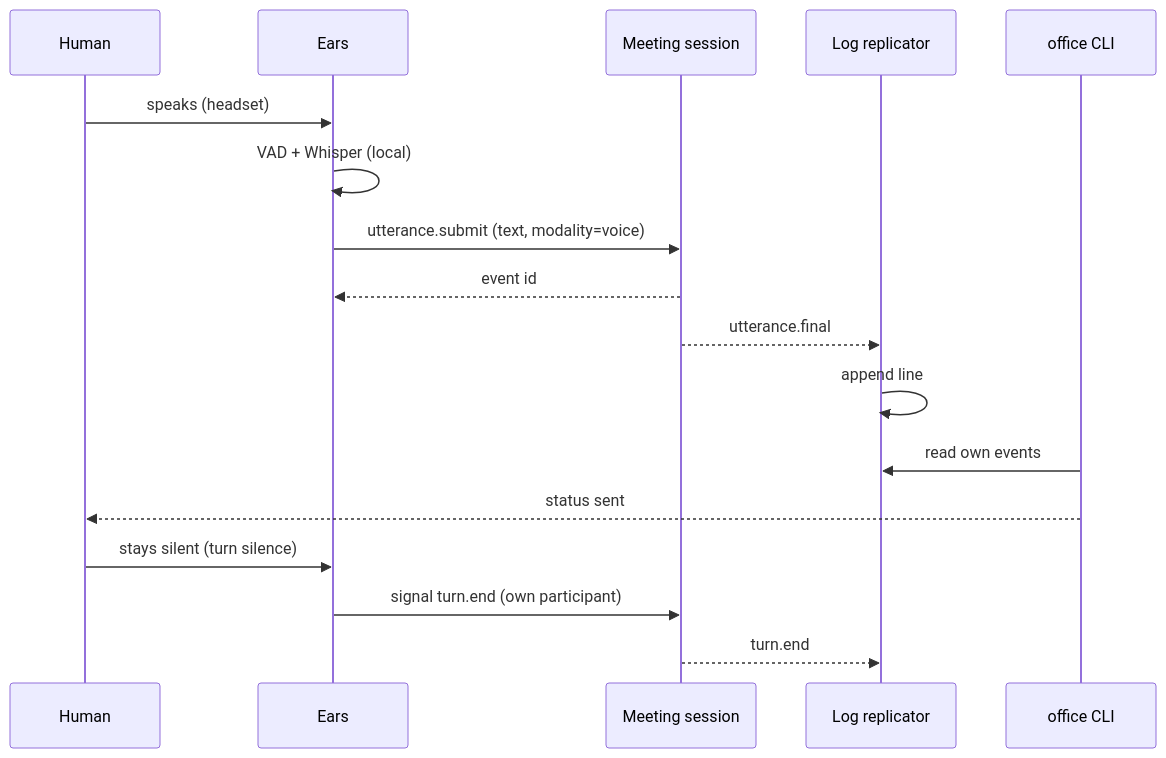
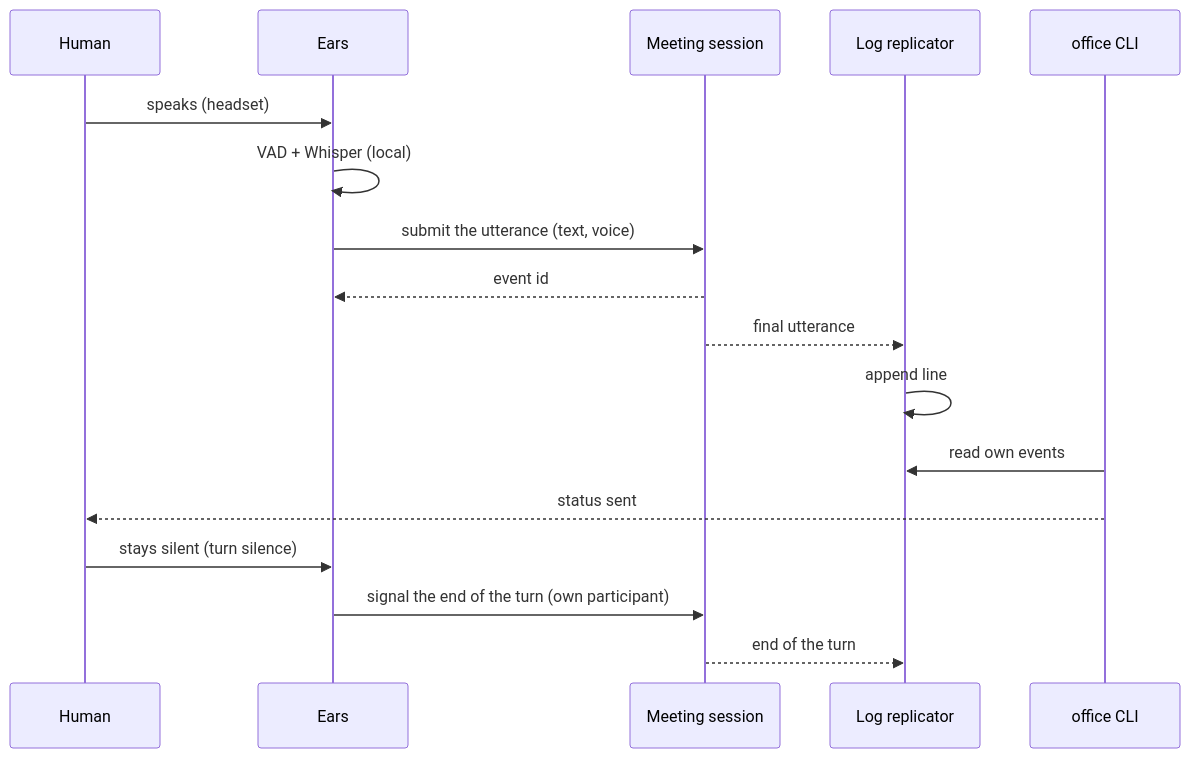
The second of 24 diagrams in docs/architecture/06-runtime-view.arc42.md (mrsimpson/agentic-office), drawn with Mermaid before and after one commit. The commit also changed other lines of this file and 9 other files, not shown here.

First line of the commit message:
docs(architecture): state each fact once, in its owner element (#285)

````diff
--- a/docs/architecture/06-runtime-view.arc42.md
+++ b/docs/architecture/06-runtime-view.arc42.md
@@ -68,19 +68,19 @@
 ```mermaid
 sequenceDiagram
     participant actor_human as Human
     participant bb_ears as Ears
     participant bb_session as Meeting session
     participant bb_replicator as Log replicator
     participant bb_cli as office CLI
     actor_human->>bb_ears: speaks (headset)
     bb_ears->>bb_ears: VAD + Whisper (local)
-    bb_ears->>bb_session: utterance.submit (text, modality=voice)
+    bb_ears->>bb_session: submit the utterance (text, voice)
     bb_session-->>bb_ears: event id
-    bb_session-->>bb_replicator: utterance.final
+    bb_session-->>bb_replicator: final utterance
     bb_replicator->>bb_replicator: append line
     bb_cli->>bb_replicator: read own events
     bb_cli-->>actor_human: status sent
     actor_human->>bb_ears: stays silent (turn silence)
-    bb_ears->>bb_session: signal turn.end (own participant)
-    bb_session-->>bb_replicator: turn.end
+    bb_ears->>bb_session: signal the end of the turn (own participant)
+    bb_session-->>bb_replicator: end of the turn
 ```
````
